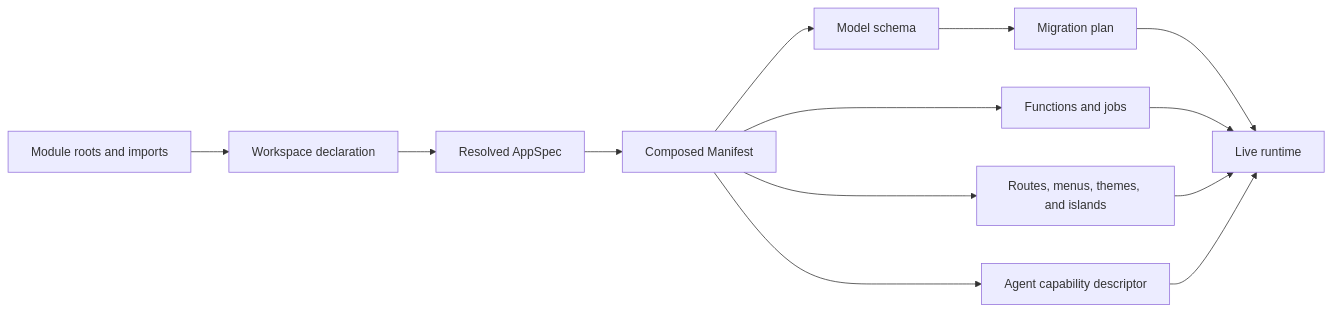
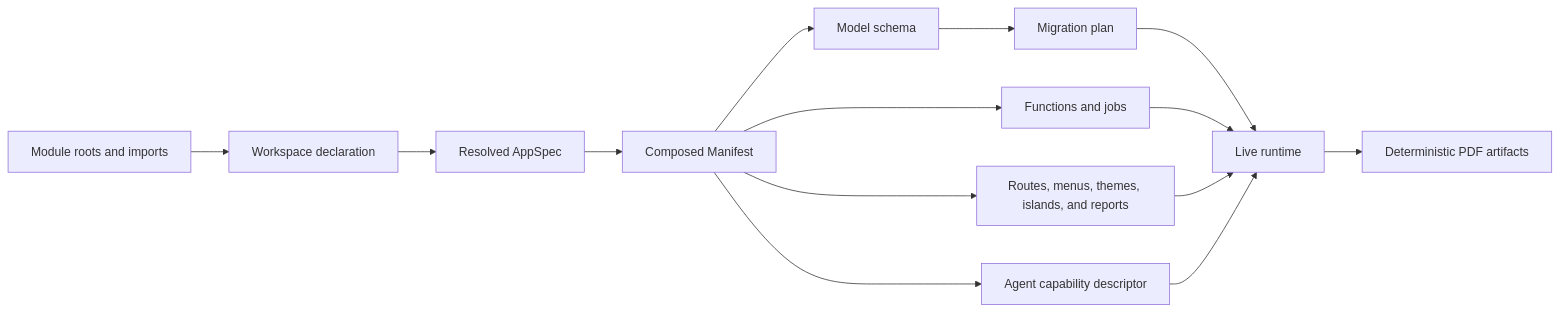
One commit to ketvietlab/ketjs changed the diagram in docs/src/content/docs/ketjs/index.md. Above: the diagram before and after it, drawn with Mermaid. The commit also changed other lines of this file and 3 other files, not shown here.

Commit message:
docs(ketjs): document report architecture and add evidence

````diff
--- a/docs/src/content/docs/ketjs/index.md
+++ b/docs/src/content/docs/ketjs/index.md
@@ -46,15 +49,16 @@
 ```mermaid
 flowchart LR
   roots["Module roots and imports"] --> workspace["Workspace declaration"]
   workspace --> app["Resolved AppSpec"]
   app --> manifest["Composed Manifest"]
   manifest --> schema["Model schema"]
   manifest --> operations["Functions and jobs"]
-  manifest --> presentation["Routes, menus, themes, and islands"]
+  manifest --> presentation["Routes, menus, themes, islands, and reports"]
   manifest --> capabilities["Agent capability descriptor"]
   schema --> migrations["Migration plan"]
   migrations --> runtime["Live runtime"]
   operations --> runtime
   presentation --> runtime
   capabilities --> runtime
+  runtime --> pdf["Deterministic PDF artifacts"]
 ```
````
